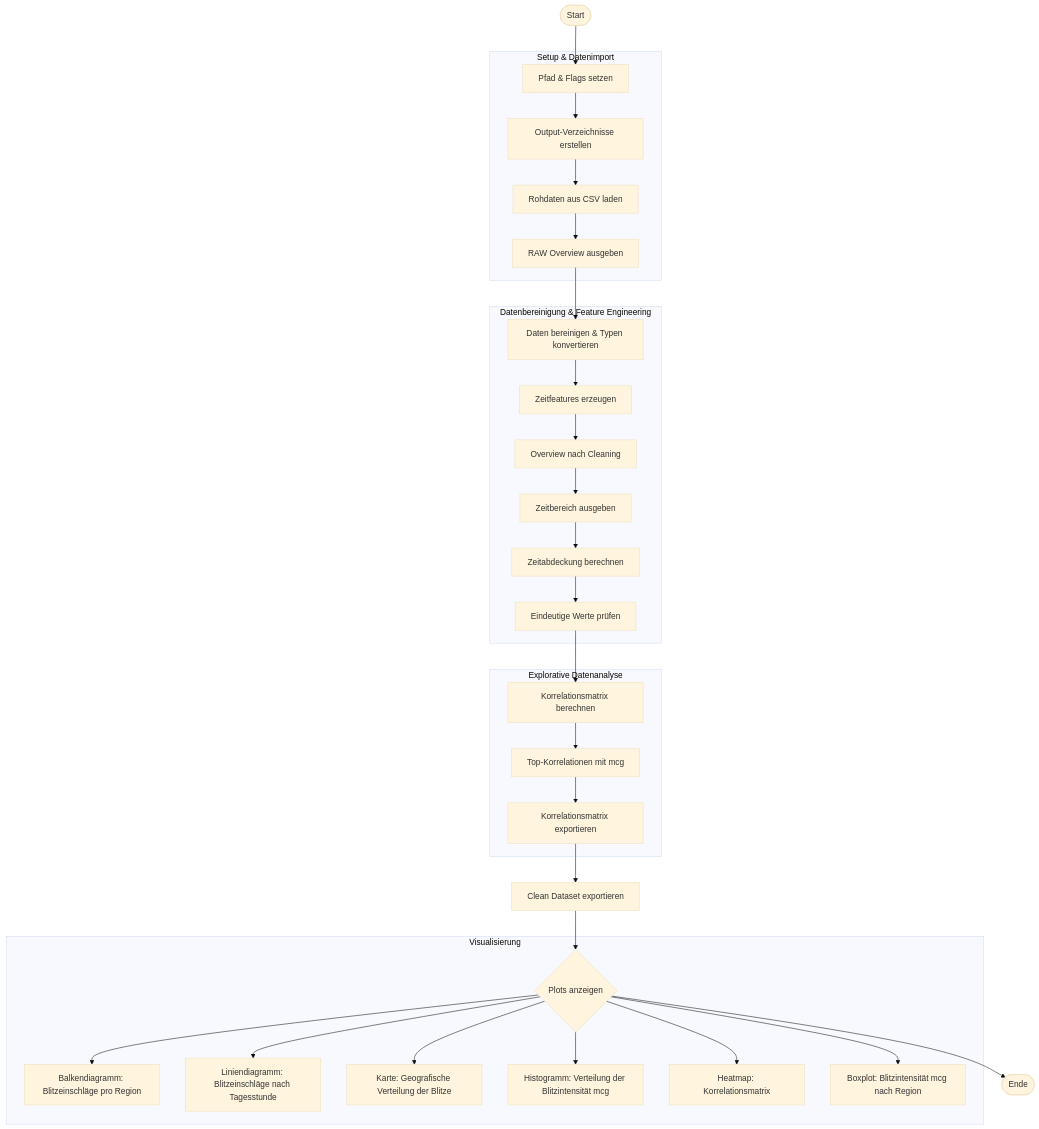
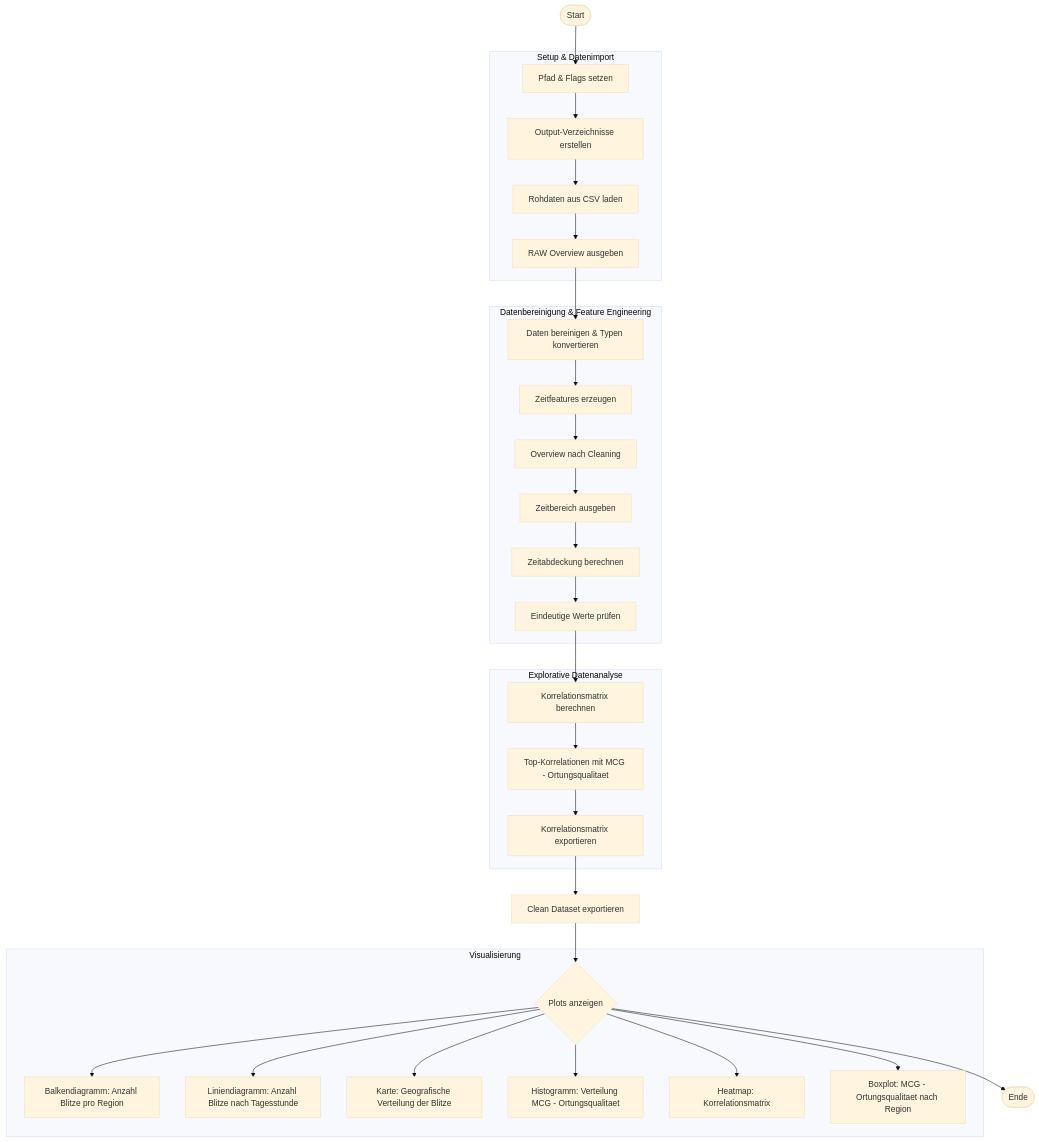
The diagram in README.md (nicdia/QStudy_Interdisciplinary_Programming_Applications), drawn with Mermaid (base theme) before and after one commit. The commit also changed other lines of this file and 6 other files, not shown here.

````diff
--- a/README.md
+++ b/README.md
@@ -30,44 +30,44 @@
 ```mermaid
 flowchart TD
     A([Start])
 
     subgraph SETUP["Setup & Datenimport"]
         B[Pfad & Flags setzen]
         C[Output-Verzeichnisse erstellen]
         D[Rohdaten aus CSV laden]
         E[RAW Overview ausgeben]
     end
 
     subgraph CLEANING["Datenbereinigung & Feature Engineering"]
         F[Daten bereinigen & Typen konvertieren]
         G[Zeitfeatures erzeugen]
         H[Overview nach Cleaning]
         I[Zeitbereich ausgeben]
         J[Zeitabdeckung berechnen]
         K[Eindeutige Werte prüfen]
     end
 
     subgraph ANALYSIS["Explorative Datenanalyse"]
         L[Korrelationsmatrix berechnen]
-        M[Top-Korrelationen mit mcg]
+        M[Top-Korrelationen mit MCG - Ortungsqualitaet]
         N[Korrelationsmatrix exportieren]
     end
 
     subgraph VIS["Visualisierung"]
         O{Plots anzeigen}
-        O --> O1[Balkendiagramm: Blitzeinschläge pro Region]
-        O --> O2[Liniendiagramm: Blitzeinschläge nach Tagesstunde]
+        O --> O1[Balkendiagramm: Anzahl Blitze pro Region]
+        O --> O2[Liniendiagramm: Anzahl Blitze nach Tagesstunde]
         O --> O3[Karte: Geografische Verteilung der Blitze]
-        O --> O4[Histogramm: Verteilung der Blitzintensität mcg]
+        O --> O4[Histogramm: Verteilung MCG - Ortungsqualitaet]
         O --> O5[Heatmap: Korrelationsmatrix]
-        O --> O6[Boxplot: Blitzintensität mcg nach Region]
+        O --> O6[Boxplot: MCG - Ortungsqualitaet nach Region]
     end
 
     P[Clean Dataset exportieren]
     Z([Ende])
 
     A --> B --> C --> D --> E
     E --> F --> G --> H --> I --> J --> K
     K --> L --> M --> N --> P
     P --> O --> Z
 ```
````
